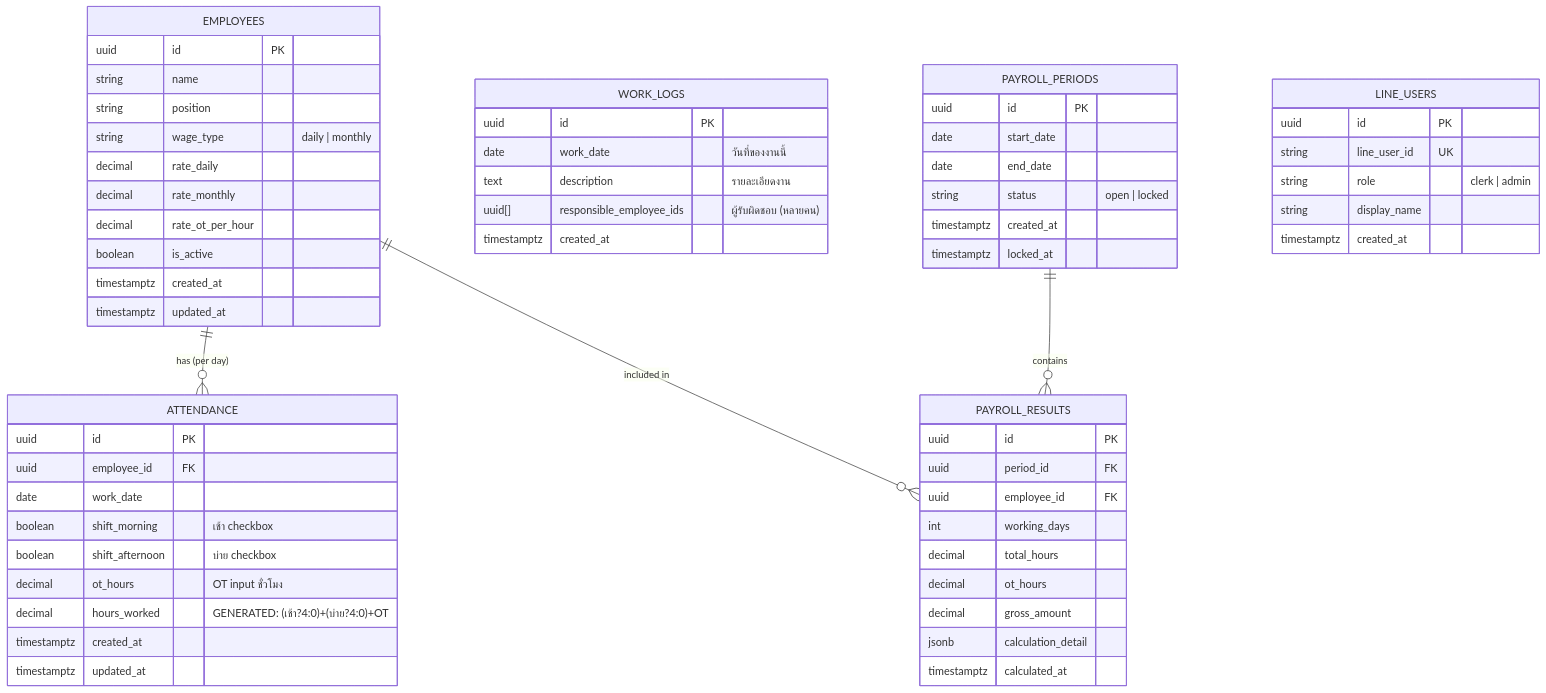
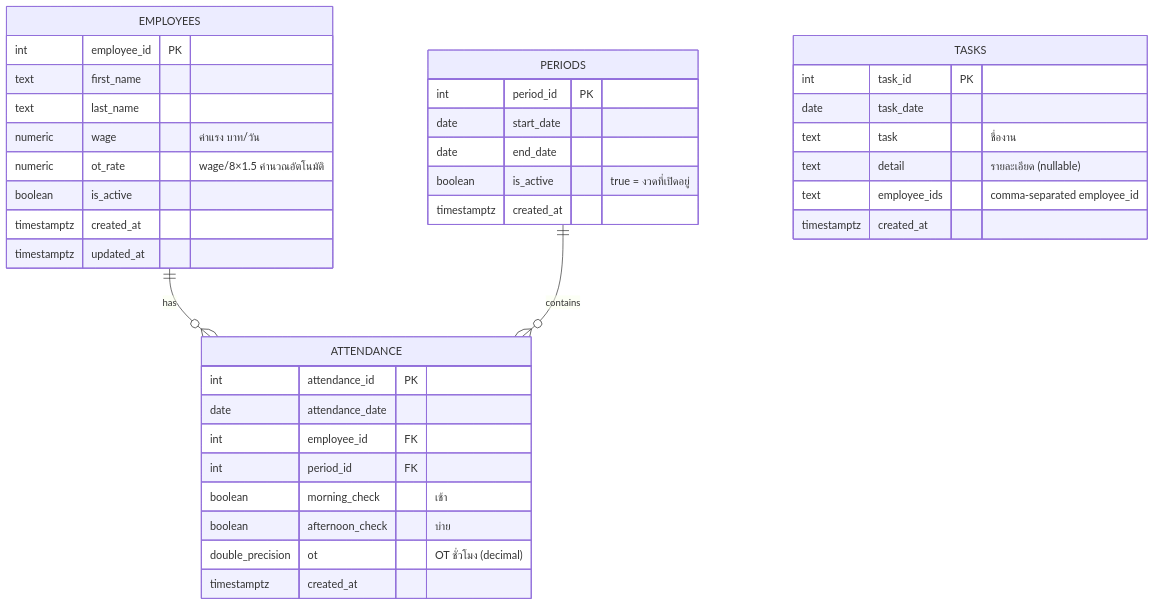
The first of 3 diagrams in doct/TECH_SPEC.md (b33mx/jass), drawn with Mermaid before and after one commit. The commit also changed other lines of this file and 5 other files, not shown here.

````diff
--- a/doct/TECH_SPEC.md
+++ b/doct/TECH_SPEC.md
@@ -102,70 +66,44 @@
 ```mermaid
 erDiagram
     EMPLOYEES {
-        uuid id PK
-        string name
-        string position
-        string wage_type "daily | monthly"
-        decimal rate_daily
-        decimal rate_monthly
-        decimal rate_ot_per_hour
+        int employee_id PK
+        text first_name
+        text last_name
+        numeric wage "ค่าแรง บาท/วัน"
+        numeric ot_rate "wage/8×1.5 คำนวณอัตโนมัติ"
         boolean is_active
         timestamptz created_at
         timestamptz updated_at
     }
 
-    ATTENDANCE {
-        uuid id PK
-        uuid employee_id FK
-        date work_date
-        boolean shift_morning "เช้า checkbox"
-        boolean shift_afternoon "บ่าย checkbox"
-        decimal ot_hours "OT input ชั่วโมง"
-        decimal hours_worked "GENERATED: (เช้า?4:0)+(บ่าย?4:0)+OT"
-        timestamptz created_at
-        timestamptz updated_at
-    }
-
-    WORK_LOGS {
-        uuid id PK
-        date work_date "วันที่ของงานนี้"
-        text description "รายละเอียดงาน"
-        uuid[] responsible_employee_ids "ผู้รับผิดชอบ (หลายคน)"
+    PERIODS {
+        int period_id PK
+        date start_date
+        date end_date
+        boolean is_active "true = งวดที่เปิดอยู่"
         timestamptz created_at
     }
 
-    PAYROLL_PERIODS {
-        uuid id PK
-        date start_date
-        date end_date
-        string status "open | locked"
-        timestamptz created_at
-        timestamptz locked_at
-    }
-
-    PAYROLL_RESULTS {
-        uuid id PK
-        uuid period_id FK
-        uuid employee_id FK
-        int working_days
-        decimal total_hours
-        decimal ot_hours
-        decimal gross_amount
-        jsonb calculation_detail
-        timestamptz calculated_at
-    }
-
-    LINE_USERS {
-        uuid id PK
-        string line_user_id UK
-        string role "clerk | admin"
-        string display_name
+    ATTENDANCE {
+        int attendance_id PK
+        date attendance_date
+        int employee_id FK
+        int period_id FK
+        boolean morning_check "เช้า"
+        boolean afternoon_check "บ่าย"
+        double_precision ot "OT ชั่วโมง (decimal)"
         timestamptz created_at
     }
 
-    EMPLOYEES ||--o{ ATTENDANCE : "has (per day)"
-    EMPLOYEES ||--o{ PAYROLL_RESULTS : "included in"
-    PAYROLL_PERIODS ||--o{ PAYROLL_RESULTS : "contains"
-    %% WORK_LOGS.responsible_employee_ids = uuid[] ไม่ใช่ FK constraint
-    %% แต่ reference ไปที่ employees.id หลายคนต่อ 1 task
+    TASKS {
+        int task_id PK
+        date task_date
+        text task "ชื่องาน"
+        text detail "รายละเอียด (nullable)"
+        text employee_ids "comma-separated employee_id"
+        timestamptz created_at
+    }
+
+    EMPLOYEES ||--o{ ATTENDANCE : "has"
+    PERIODS ||--o{ ATTENDANCE : "contains"
 ```
````
